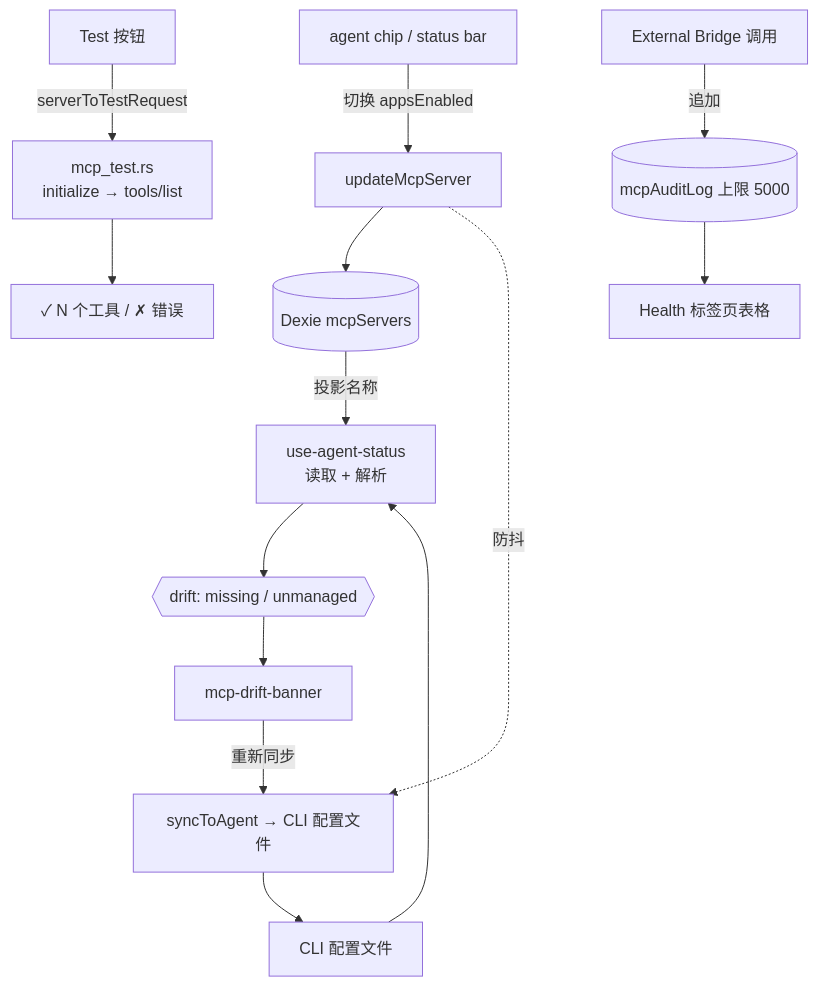
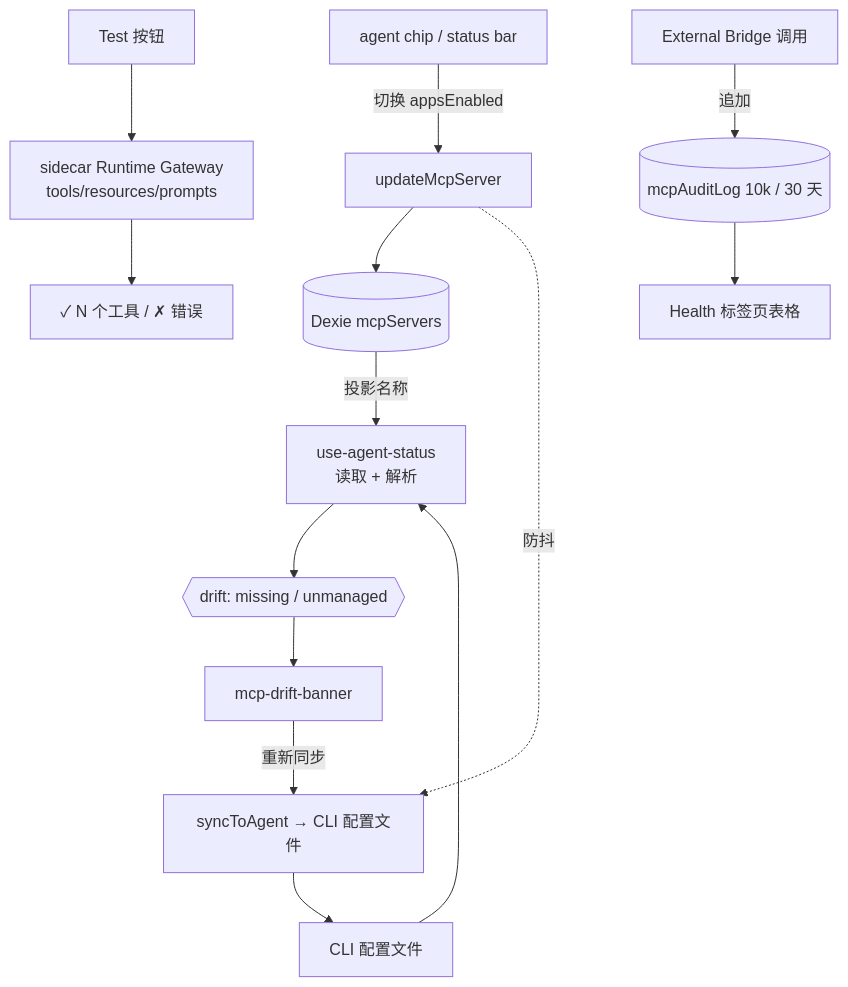
The diagram in docs/content/docs/zh/subsystems/mcp/agent-sync-and-health.mdx (MaxQian888/cognia-next), drawn with Mermaid before and after one commit. The commit also changed other lines of this file and 53 other files, not shown here.

Commit message:
docs: synchronize architecture and API references

````diff
--- a/docs/content/docs/zh/subsystems/mcp/agent-sync-and-health.mdx
+++ b/docs/content/docs/zh/subsystems/mcp/agent-sync-and-health.mdx
@@ -170,19 +143,19 @@
 ```mermaid
 flowchart TB
   Chip["agent chip / status bar"] -->|切换 appsEnabled| Update["updateMcpServer"]
   Update --> DB[("Dexie mcpServers")]
   Update -.防抖.-> Sync["syncToAgent → CLI 配置文件"]
 
   Files["CLI 配置文件"] --> Status["use-agent-status<br/>读取 + 解析"]
   DB -->|投影名称| Status
   Status --> Drift{{"drift: missing / unmanaged"}}
   Drift --> Banner["mcp-drift-banner"]
   Banner -->|重新同步| Sync
   Sync --> Files
 
-  Test["Test 按钮"] -->|serverToTestRequest| Probe["mcp_test.rs<br/>initialize → tools/list"]
-  Probe --> Badge["✓ N 个工具 / ✗ 错误"]
+  Test["Test 按钮"] --> Gateway["sidecar Runtime Gateway<br/>tools/resources/prompts"]
+  Gateway --> Badge["✓ N 个工具 / ✗ 错误"]
 
-  Bridge["External Bridge 调用"] -->|追加| Audit[("mcpAuditLog 上限 5000")]
+  Bridge["External Bridge 调用"] -->|追加| Audit[("mcpAuditLog 10k / 30 天")]
   Audit --> Health["Health 标签页表格"]
 ```
````
